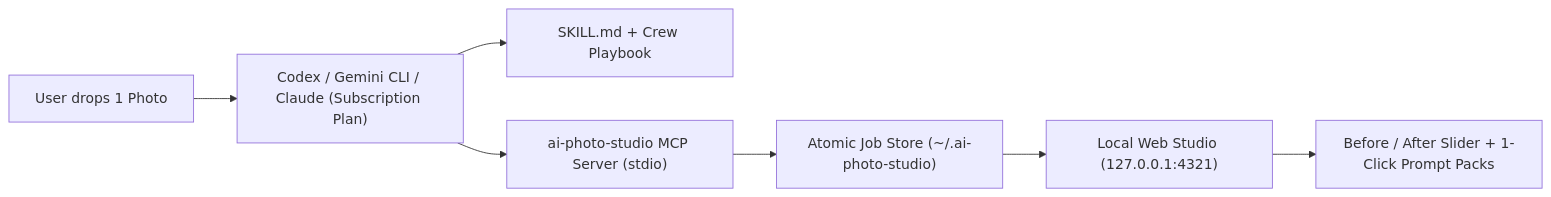
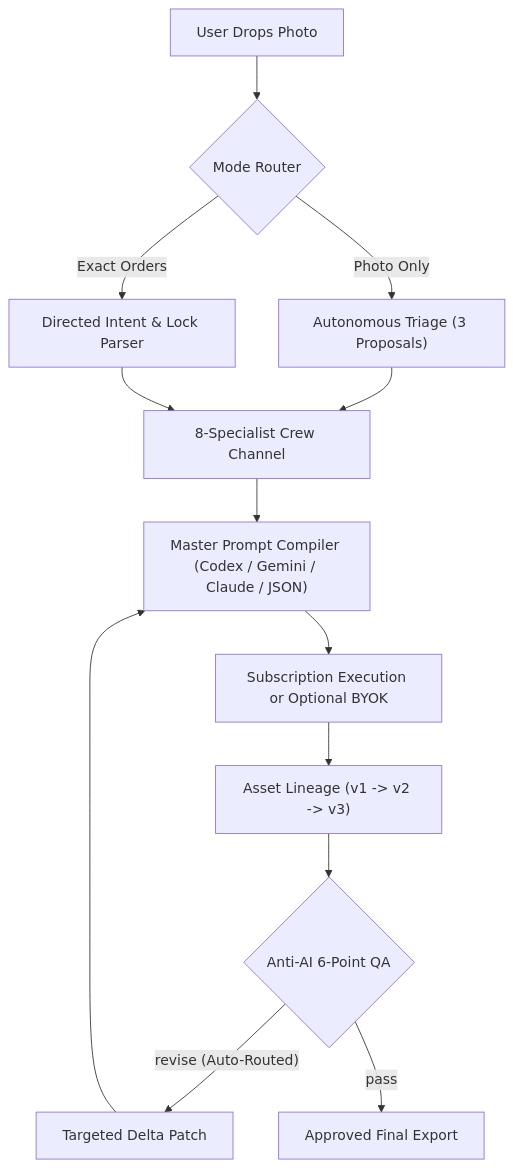
The diagram in README.md (deusbr/ai-photo-studio), drawn with Mermaid before and after one commit. The commit also changed other lines of this file and 17 other files, not shown here.

Commit message:
feat(v2.0.0): 8-agent autonomous & directed photo studio with Anti-AI QA critique loop

````diff
--- a/README.md
+++ b/README.md
@@ -30,9 +40,14 @@
 ```mermaid
-flowchart LR
-  User["User drops 1 Photo"] --> Host["Codex / Gemini CLI / Claude (Subscription Plan)"]
-  Host --> Skill["SKILL.md + Crew Playbook"]
-  Host --> MCP["ai-photo-studio MCP Server (stdio)"]
-  MCP --> Store["Atomic Job Store (~/.ai-photo-studio)"]
-  Store --> Web["Local Web Studio (127.0.0.1:4321)"]
-  Web --> Compare["Before / After Slider + 1-Click Prompt Packs"]
+flowchart TD
+  Input["User Drops Photo"] --> Mode{"Mode Router"}
+  Mode -->|"Photo Only"| Auto["Autonomous Triage (3 Proposals)"]
+  Mode -->|"Exact Orders"| Direct["Directed Intent & Lock Parser"]
+  Auto --> Crew["8-Specialist Crew Channel"]
+  Direct --> Crew
+  Crew --> Compiler["Master Prompt Compiler (Codex / Gemini / Claude / JSON)"]
+  Compiler --> Exec["Subscription Execution or Optional BYOK"]
+  Exec --> Lineage["Asset Lineage (v1 -> v2 -> v3)"]
+  Lineage --> Auditor{"Anti-AI 6-Point QA"}
+  Auditor -->|"revise (Auto-Routed)"| Delta["Targeted Delta Patch"] --> Compiler
+  Auditor -->|"pass"| Approved["Approved Final Export"]
 ```
````
